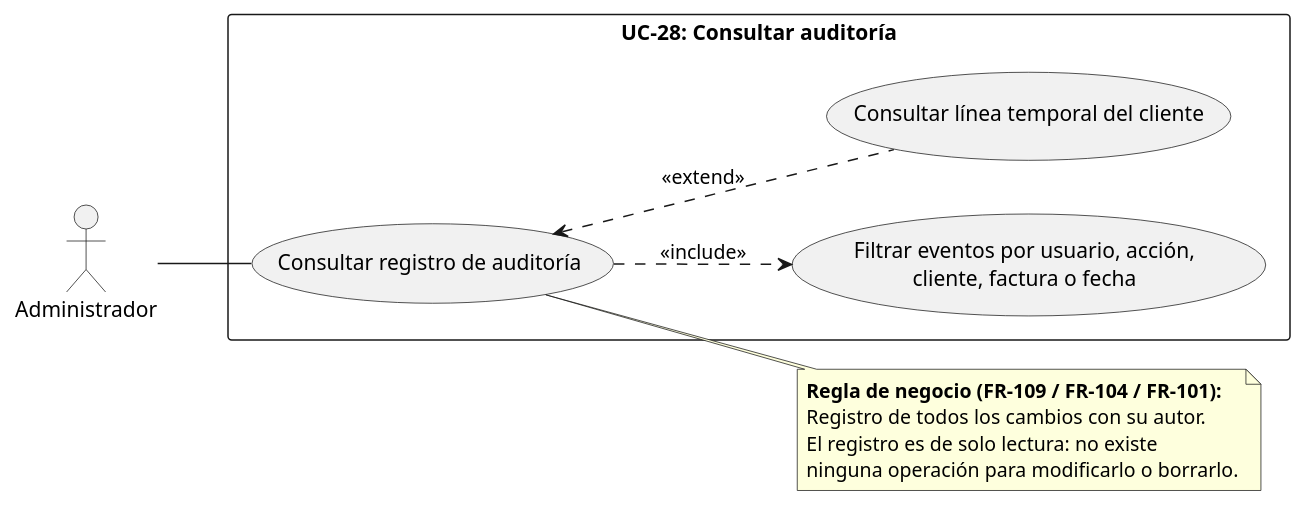
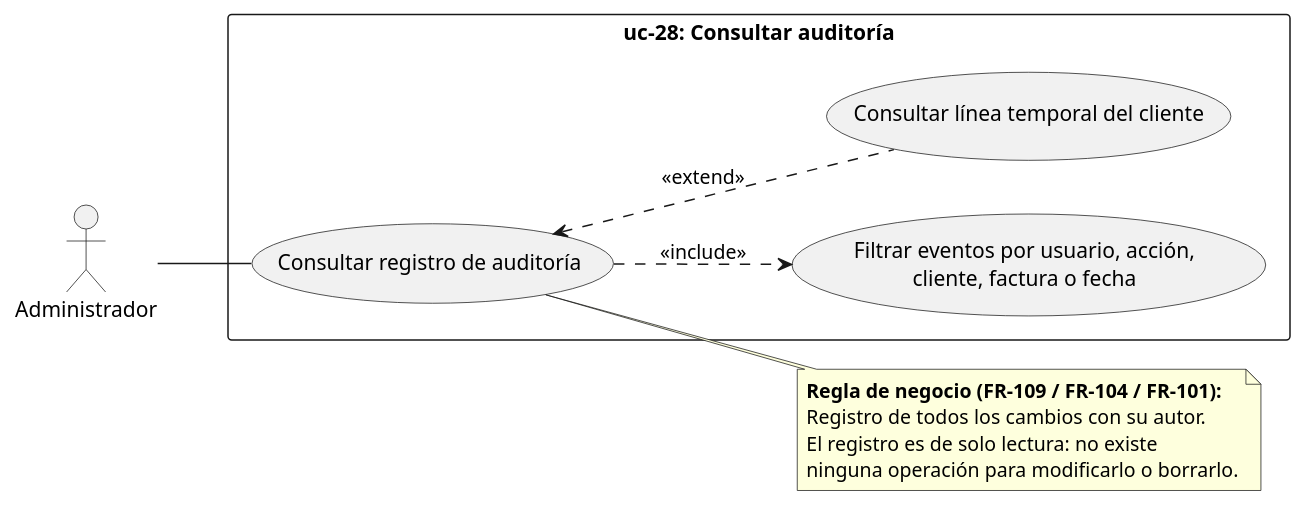
Before and after one commit to pablorv3/Hienitas-ADAP: the diagram in doc/src/casos-uso/uc-28-consultar-auditoria.pu, drawn with PlantUML. The commit also changed 28 other files, not shown here.

Commit message:
uml diagram fixes

```diff
--- a/doc/src/casos-uso/uc-28-consultar-auditoria.pu
+++ b/doc/src/casos-uso/uc-28-consultar-auditoria.pu
@@ -1,30 +1,30 @@
 @startuml uc-28
     left to right direction
     skinparam packageStyle rectangle
 
     actor "Administrador" as Admin
 
-    rectangle "UC-28: Consultar auditoría" {
+    rectangle "uc-28: Consultar auditoría" {
         usecase "Consultar registro de auditoría" as UC_Auditoria
         usecase "Filtrar eventos por usuario, acción,\ncliente, factura o fecha" as UC_Filtrar
         usecase "Consultar línea temporal del cliente" as UC_Linea
 
         ' Inclusión obligatoria: la consulta se hace sobre eventos filtrados
         UC_Auditoria ..> UC_Filtrar : <<include>>
 
         ' Flujo alternativo
         UC_Auditoria <.. UC_Linea : <<extend>>
     }
 
     ' Nota sobre la inalterabilidad del registro
     note right of UC_Auditoria
     <b>Regla de negocio (FR-109 / FR-104 / FR-101):</b>
     Registro de todos los cambios con su autor.
     El registro es de solo lectura: no existe
     ninguna operación para modificarlo o borrarlo.
     end note
 
     ' Asociación simple
     Admin -- UC_Auditoria
 
 @enduml
```
